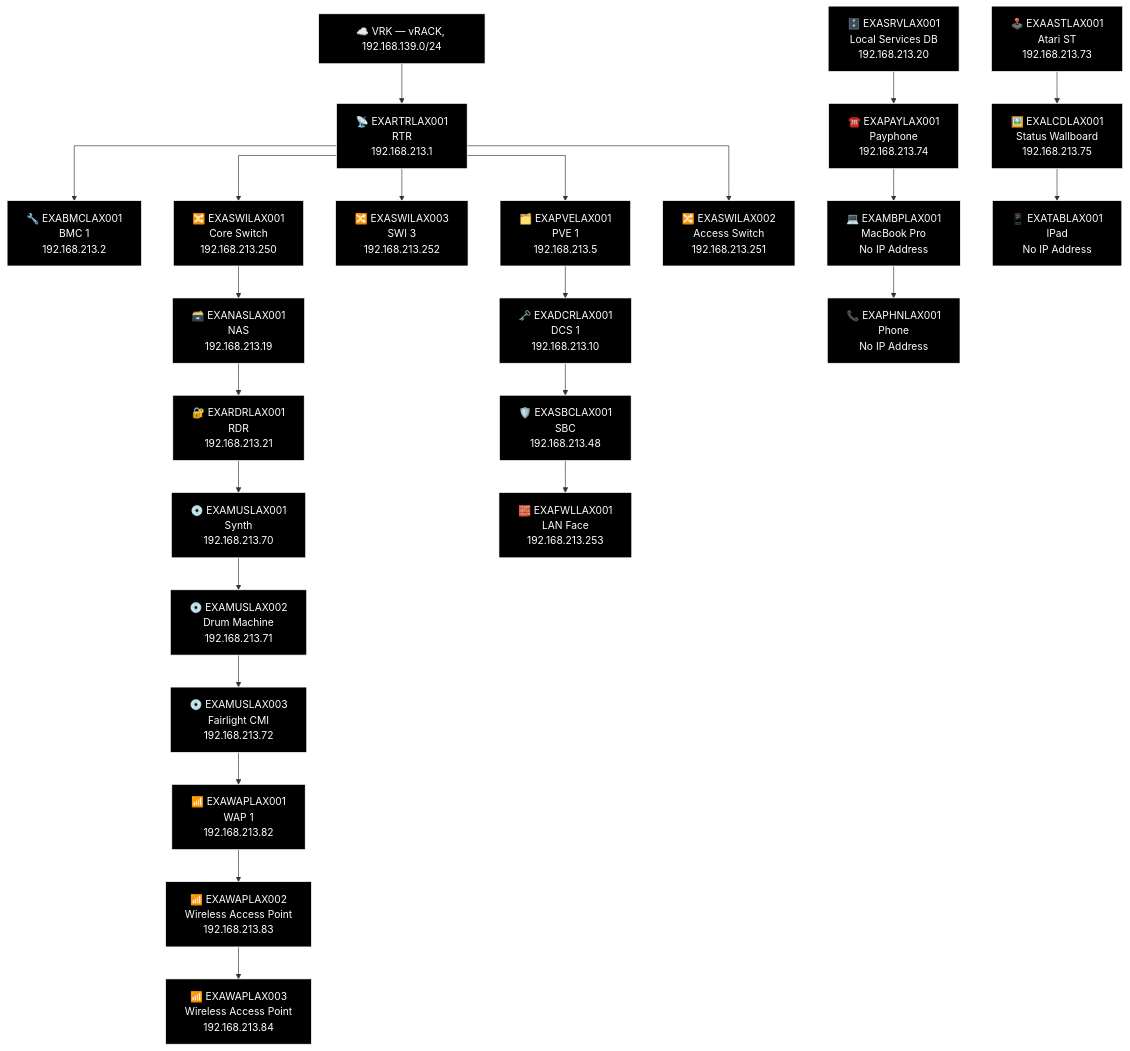
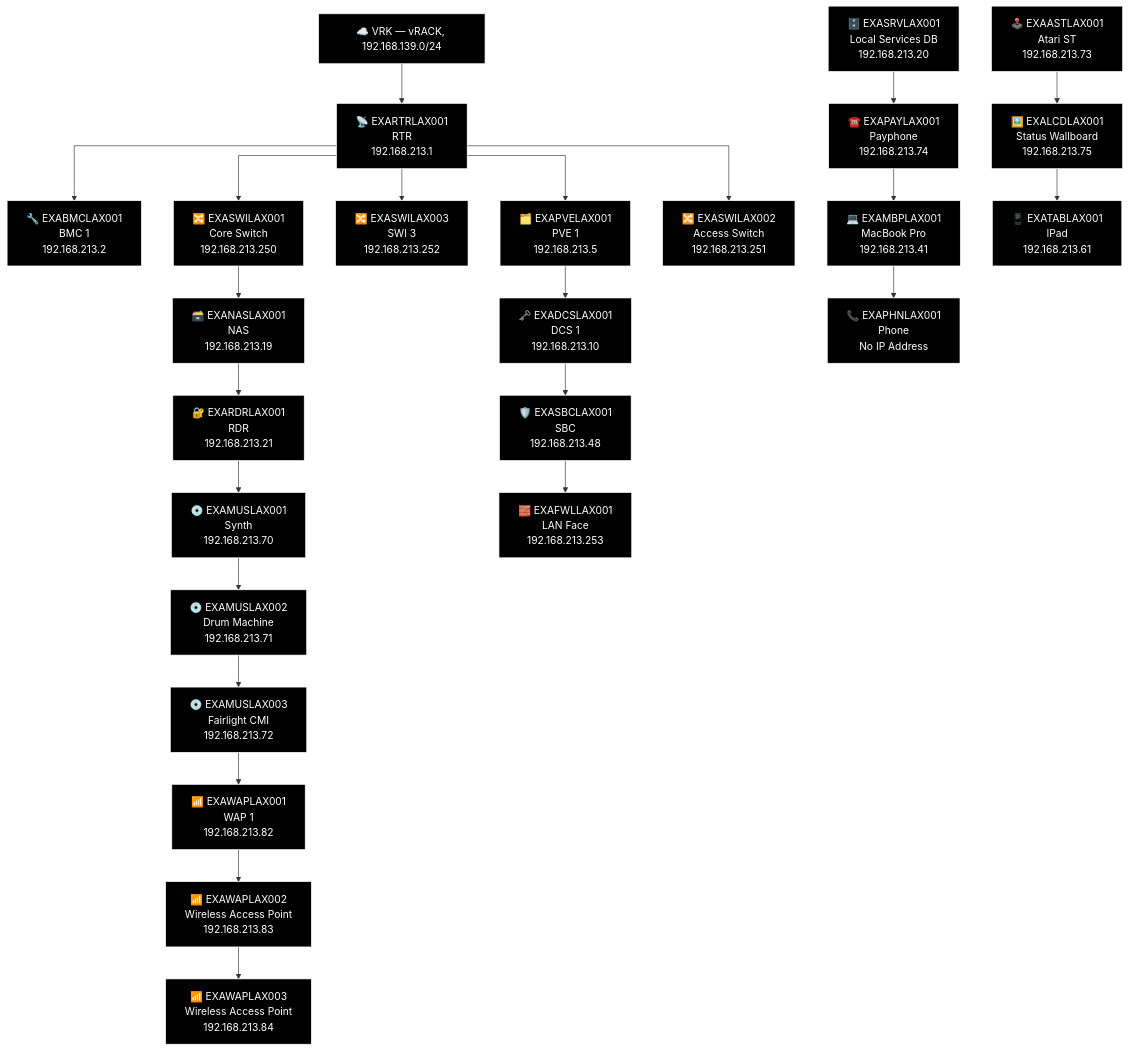
One commit to knightmare2600/example_music_infra changed the third of 19 diagrams in docs/network-diagram/united-states.md. Above: the diagram before and after it, drawn with Mermaid. The commit also changed other lines of this file and 11 other files, not shown here.

````diff
--- a/docs/network-diagram/united-states.md
+++ b/docs/network-diagram/united-states.md
@@ -128,66 +128,66 @@
 ```mermaid
 %% GENERATED:TOPOLOGY:LAX:START
 %%{init: {'flowchart': {'curve': 'stepAfter'}}}%%
 graph TD
     T_VRK["☁️ VRK — vRACK, 192.168.139.0/24"]
     T_RTR["📡 EXARTRLAX001<br/>RTR<br/>192.168.213.1"]
     T_VRK --> T_RTR
     T_BMC["🔧 EXABMCLAX001<br/>BMC 1<br/>192.168.213.2"]
     T_RTR --> T_BMC
     T_PVE["🗂️ EXAPVELAX001<br/>PVE 1<br/>192.168.213.5"]
     T_RTR --> T_PVE
     T_SWI["🔀 EXASWILAX003<br/>SWI 3<br/>192.168.213.252"]
     T_RTR --> T_SWI
     T_SWI2["🔀 EXASWILAX001<br/>Core Switch<br/>192.168.213.250"]
     T_RTR --> T_SWI2
     T_SWI3["🔀 EXASWILAX002<br/>Access Switch<br/>192.168.213.251"]
     T_RTR --> T_SWI3
     T_NAS["🗃️ EXANASLAX001<br/>NAS<br/>192.168.213.19"]
     T_RDR["🔐 EXARDRLAX001<br/>RDR<br/>192.168.213.21"]
     T_MUS["💿 EXAMUSLAX001<br/>Synth<br/>192.168.213.70"]
     T_MUS2["💿 EXAMUSLAX002<br/>Drum Machine<br/>192.168.213.71"]
     T_MUS3["💿 EXAMUSLAX003<br/>Fairlight CMI<br/>192.168.213.72"]
     T_WAP["📶 EXAWAPLAX001<br/>WAP 1<br/>192.168.213.82"]
     T_WAP2["📶 EXAWAPLAX002<br/>Wireless Access Point<br/>192.168.213.83"]
     T_WAP3["📶 EXAWAPLAX003<br/>Wireless Access Point<br/>192.168.213.84"]
     T_SWI2 --> T_NAS --> T_RDR --> T_MUS --> T_MUS2 --> T_MUS3 --> T_WAP --> T_WAP2 --> T_WAP3
-    T_DCS["🗝️ EXADCRLAX001<br/>DCS 1<br/>192.168.213.10"]
+    T_DCS["🗝️ EXADCSLAX001<br/>DCS 1<br/>192.168.213.10"]
     T_SBC["🛡️ EXASBCLAX001<br/>SBC<br/>192.168.213.48"]
     T_FWL["🧱 EXAFWLLAX001<br/>LAN Face<br/>192.168.213.253"]
     T_PVE --> T_DCS --> T_SBC --> T_FWL
     T_SRV["🗄️ EXASRVLAX001<br/>Local Services DB<br/>192.168.213.20"]
     T_AST["🕹️ EXAASTLAX001<br/>Atari ST<br/>192.168.213.73"]
     T_PAY["☎️ EXAPAYLAX001<br/>Payphone<br/>192.168.213.74"]
     T_LCD["🖼️ EXALCDLAX001<br/>Status Wallboard<br/>192.168.213.75"]
-    T_MBP["💻 EXAMBPLAX001<br/>MacBook Pro<br/>No IP Address"]
-    T_TAB["📱 EXATABLAX001<br/>IPad<br/>No IP Address"]
+    T_MBP["💻 EXAMBPLAX001<br/>MacBook Pro<br/>192.168.213.41"]
+    T_TAB["📱 EXATABLAX001<br/>IPad<br/>192.168.213.61"]
     T_PHN["📞 EXAPHNLAX001<br/>Phone<br/>No IP Address"]
     T_SRV --> T_PAY --> T_MBP --> T_PHN
     T_AST --> T_LCD --> T_TAB
     style T_VRK fill:#000000,stroke:#FFFFFF,color:#FFFFFF
     style T_RTR fill:#000000,stroke:#FFFFFF,color:#FFFFFF
     style T_BMC fill:#000000,stroke:#FFFFFF,color:#FFFFFF
     style T_PVE fill:#000000,stroke:#FFFFFF,color:#FFFFFF
     style T_SWI fill:#000000,stroke:#FFFFFF,color:#FFFFFF
     style T_SWI2 fill:#000000,stroke:#FFFFFF,color:#FFFFFF
     style T_SWI3 fill:#000000,stroke:#FFFFFF,color:#FFFFFF
     style T_NAS fill:#000000,stroke:#FFFFFF,color:#FFFFFF
     style T_RDR fill:#000000,stroke:#FFFFFF,color:#FFFFFF
     style T_MUS fill:#000000,stroke:#FFFFFF,color:#FFFFFF
     style T_MUS2 fill:#000000,stroke:#FFFFFF,color:#FFFFFF
     style T_MUS3 fill:#000000,stroke:#FFFFFF,color:#FFFFFF
     style T_WAP fill:#000000,stroke:#FFFFFF,color:#FFFFFF
     style T_WAP2 fill:#000000,stroke:#FFFFFF,color:#FFFFFF
     style T_WAP3 fill:#000000,stroke:#FFFFFF,color:#FFFFFF
     style T_DCS fill:#000000,stroke:#FFFFFF,color:#FFFFFF
     style T_SBC fill:#000000,stroke:#FFFFFF,color:#FFFFFF
     style T_FWL fill:#000000,stroke:#FFFFFF,color:#FFFFFF
     style T_SRV fill:#000000,stroke:#FFFFFF,color:#FFFFFF
     style T_AST fill:#000000,stroke:#FFFFFF,color:#FFFFFF
     style T_PAY fill:#000000,stroke:#FFFFFF,color:#FFFFFF
     style T_LCD fill:#000000,stroke:#FFFFFF,color:#FFFFFF
     style T_MBP fill:#000000,stroke:#FFFFFF,color:#FFFFFF
     style T_TAB fill:#000000,stroke:#FFFFFF,color:#FFFFFF
     style T_PHN fill:#000000,stroke:#FFFFFF,color:#FFFFFF
 %% GENERATED:TOPOLOGY:LAX:END
 ```
````
